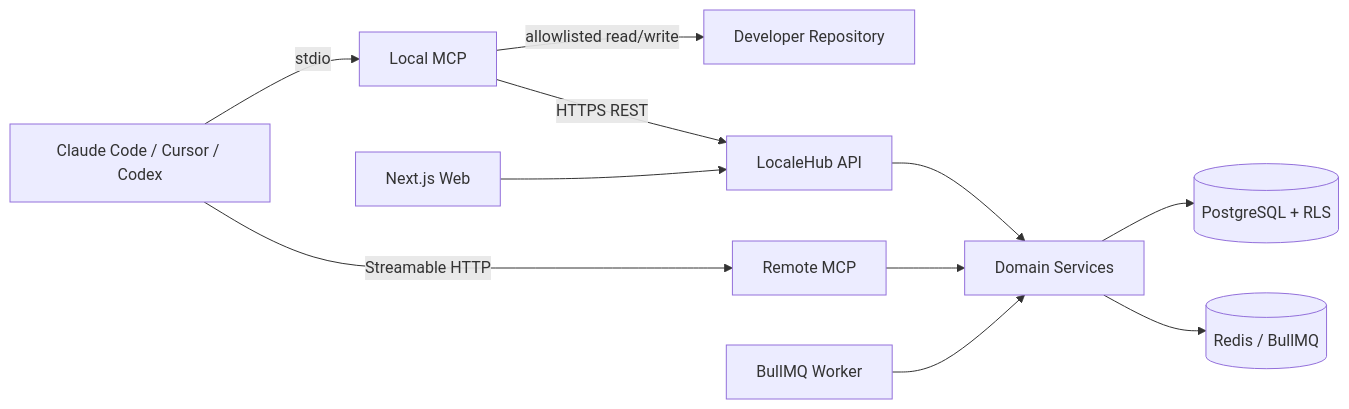
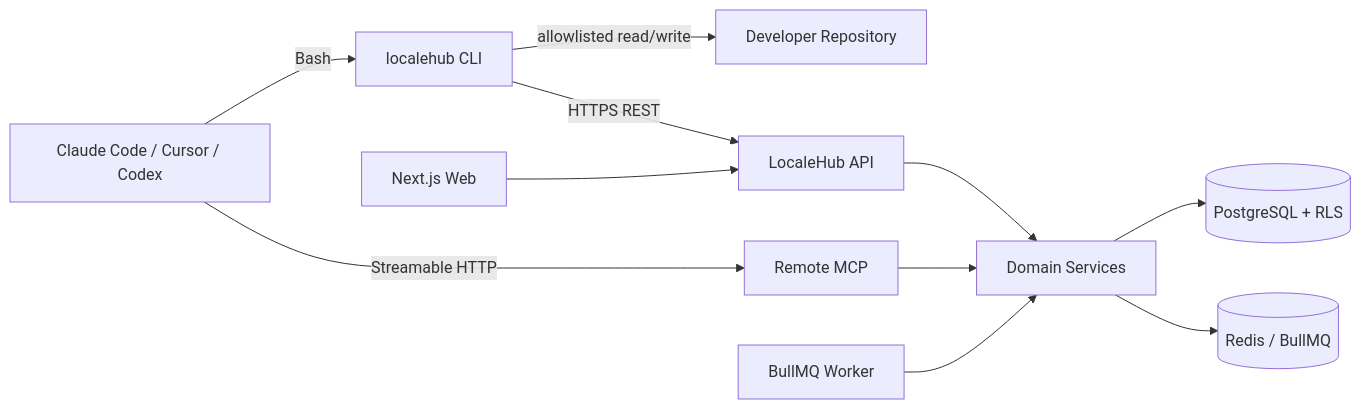
Before and after one commit to HANSAFUNC/TranslationHub: the diagram in docs/ARCHITECTURE.md, drawn with Mermaid. The commit also changed other lines of this file and 76 other files, not shown here.

````diff
--- a/docs/ARCHITECTURE.md
+++ b/docs/ARCHITECTURE.md
@@ -5,13 +5,13 @@
 ```mermaid
 flowchart LR
-  Agent[Claude Code / Cursor / Codex] -->|stdio| LocalMCP[Local MCP]
-  LocalMCP -->|allowlisted read/write| Repo[Developer Repository]
-  LocalMCP -->|HTTPS REST| API[LocaleHub API]
+  Agent[Claude Code / Cursor / Codex] -->|Bash| CLI[localehub CLI]
+  CLI -->|allowlisted read/write| Repo[Developer Repository]
+  CLI -->|HTTPS REST| API[LocaleHub API]
   Agent -->|Streamable HTTP| RemoteMCP[Remote MCP]
   RemoteMCP --> Domain
   API --> Domain[Domain Services]
   Worker[BullMQ Worker] --> Domain
   Domain --> DB[(PostgreSQL + RLS)]
   Domain --> Redis[(Redis / BullMQ)]
   Web[Next.js Web] --> API
 ```
````
